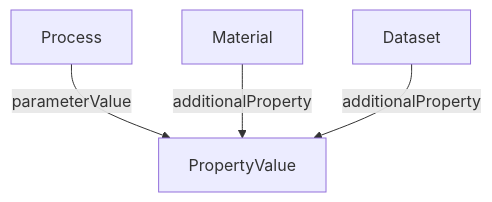
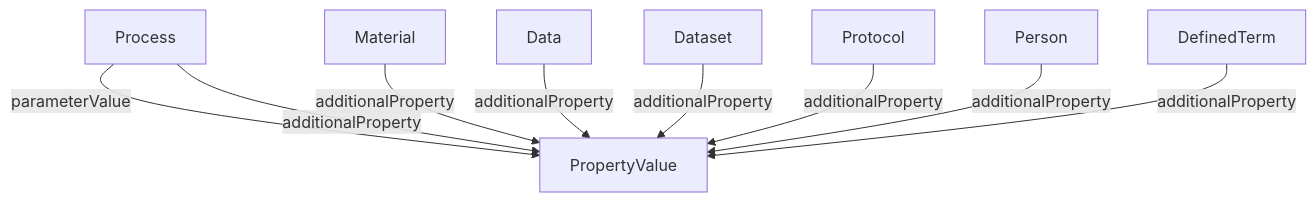
The diagram in spec/core/PropertyValue.md (HLWeil/ProcessCore), drawn with Mermaid before and after one commit. The commit also changed other lines of this file and 17 other files, not shown here.

````diff
--- a/spec/core/PropertyValue.md
+++ b/spec/core/PropertyValue.md
@@ -27,6 +28,11 @@
 ```mermaid
 flowchart TD
     Process --parameterValue--> PropertyValue
+    Process --additionalProperty--> PropertyValue
     Material --additionalProperty--> PropertyValue
+    Data --additionalProperty--> PropertyValue
     Dataset --additionalProperty--> PropertyValue
+    Protocol --additionalProperty--> PropertyValue
+    Person --additionalProperty--> PropertyValue
+    DefinedTerm --additionalProperty--> PropertyValue
 ```
````
